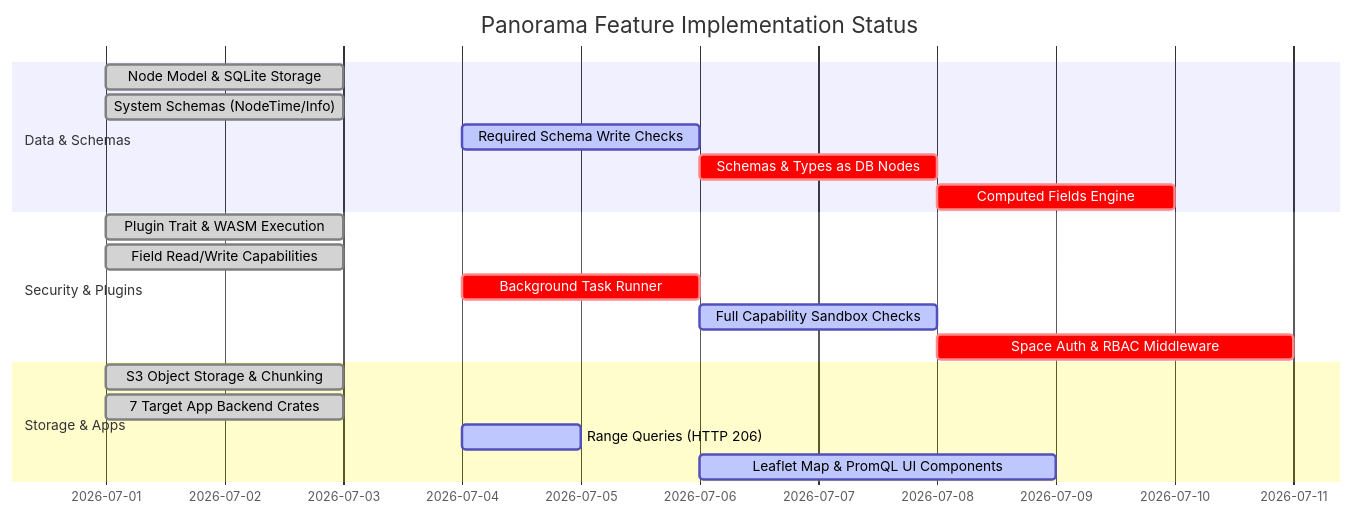
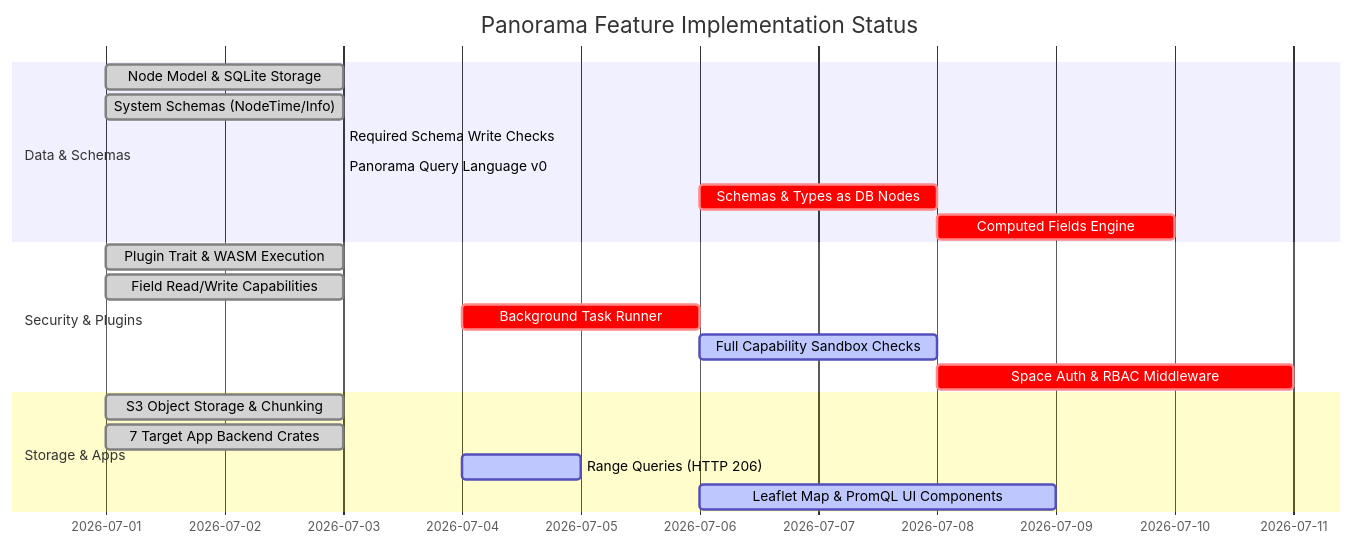
The diagram in PROGRESS.md (mzhang28/panorama), drawn with Mermaid before and after one commit. The commit also changed other lines of this file and 2 other files, not shown here.

````diff
--- a/PROGRESS.md
+++ b/PROGRESS.md
@@ -126,22 +126,23 @@
 ```mermaid
 gantt
     title Panorama Feature Implementation Status
     dateFormat  YYYY-MM-DD
     section Data & Schemas
     Node Model & SQLite Storage       :done,    des1, 2026-07-01, 2026-07-03
     System Schemas (NodeTime/Info)     :done,    des2, 2026-07-01, 2026-07-03
-    Required Schema Write Checks       :active,  des3, 2026-07-04, 2026-07-06
+    Required Schema Write Checks       :done,    des3, 2026-07-03, 2026-07-03
+    Panorama Query Language v0         :done,    des3b, 2026-07-03, 2026-07-03
     Schemas & Types as DB Nodes        :crit,    des4, 2026-07-06, 2026-07-08
     Computed Fields Engine             :crit,    des5, 2026-07-08, 2026-07-10
     section Security & Plugins
     Plugin Trait & WASM Execution     :done,    sec1, 2026-07-01, 2026-07-03
     Field Read/Write Capabilities      :done,    sec2, 2026-07-01, 2026-07-03
     Background Task Runner            :crit,    sec3, 2026-07-04, 2026-07-06
     Full Capability Sandbox Checks    :active,  sec4, 2026-07-06, 2026-07-08
     Space Auth & RBAC Middleware       :crit,    sec5, 2026-07-08, 2026-07-11
     section Storage & Apps
     S3 Object Storage & Chunking       :done,    app1, 2026-07-01, 2026-07-03
     7 Target App Backend Crates        :done,    app2, 2026-07-01, 2026-07-03
     Range Queries (HTTP 206)           :active,  app3, 2026-07-04, 2026-07-05
     Leaflet Map & PromQL UI Components :active,  app4, 2026-07-06, 2026-07-09
 ```
````
